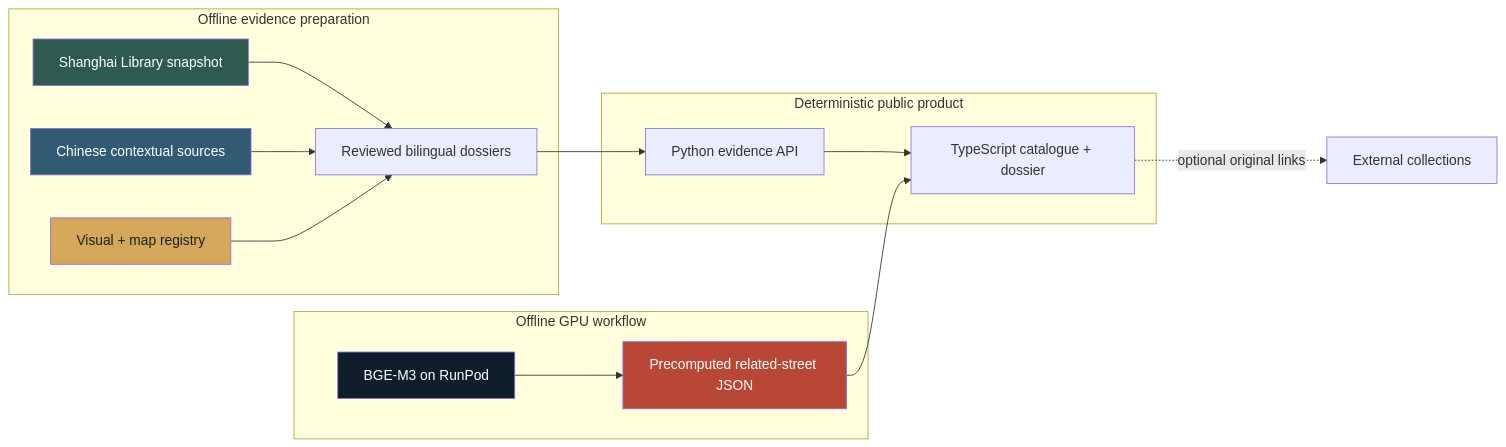
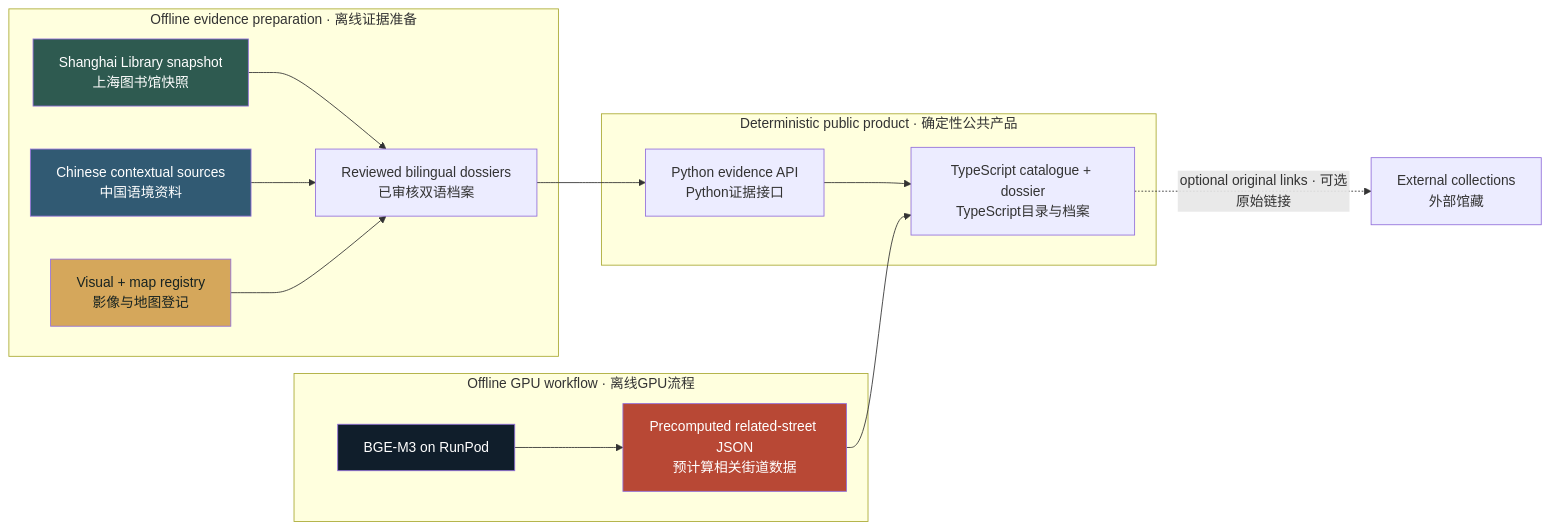
Before and after one commit to StableTradeAtlas/ContextLens: the second of 2 diagrams in README.md, drawn with Mermaid. The commit also changed other lines of this file, not shown here.

Commit message:
docs: make project guide fully bilingual

````diff
--- a/README.md
+++ b/README.md
@@ -314,30 +374,30 @@
 ```mermaid
 flowchart LR
-    subgraph Evidence["Offline evidence preparation"]
-      SL["Shanghai Library snapshot"]
-      CS["Chinese contextual sources"]
-      VS["Visual + map registry"]
-      ED["Reviewed bilingual dossiers"]
+    subgraph Evidence["Offline evidence preparation · 离线证据准备"]
+      SL["Shanghai Library snapshot<br/>上海图书馆快照"]
+      CS["Chinese contextual sources<br/>中国语境资料"]
+      VS["Visual + map registry<br/>影像与地图登记"]
+      ED["Reviewed bilingual dossiers<br/>已审核双语档案"]
       SL --> ED
       CS --> ED
       VS --> ED
     end
 
-    subgraph Compute["Offline GPU workflow"]
-      BM["BGE-M3 on RunPod"] --> GRAPH["Precomputed related-street JSON"]
+    subgraph Compute["Offline GPU workflow · 离线GPU流程"]
+      BM["BGE-M3 on RunPod"] --> GRAPH["Precomputed related-street JSON<br/>预计算相关街道数据"]
     end
 
-    subgraph Product["Deterministic public product"]
-      PY["Python evidence API"] --> WEB["TypeScript catalogue + dossier"]
+    subgraph Product["Deterministic public product · 确定性公共产品"]
+      PY["Python evidence API<br/>Python证据接口"] --> WEB["TypeScript catalogue + dossier<br/>TypeScript目录与档案"]
       GRAPH --> WEB
       ED --> PY
     end
 
-    WEB -. "optional original links" .-> EXT["External collections"]
+    WEB -. "optional original links · 可选原始链接" .-> EXT["External collections<br/>外部馆藏"]
 
     style SL fill:#2E5A50,color:#fff
     style CS fill:#315A73,color:#fff
     style VS fill:#D5A75B,color:#172321
     style BM fill:#101E2B,color:#fff
     style GRAPH fill:#B84835,color:#fff
 ```
````
